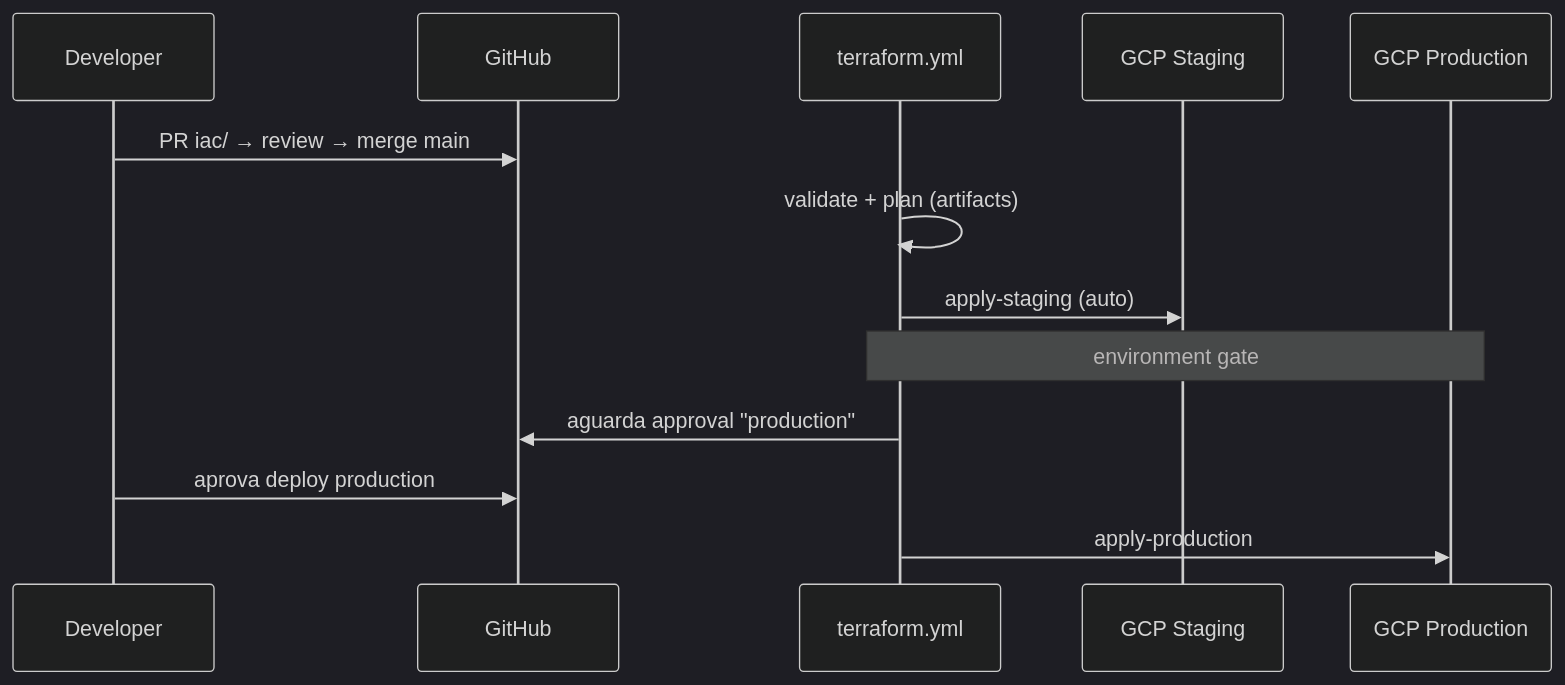
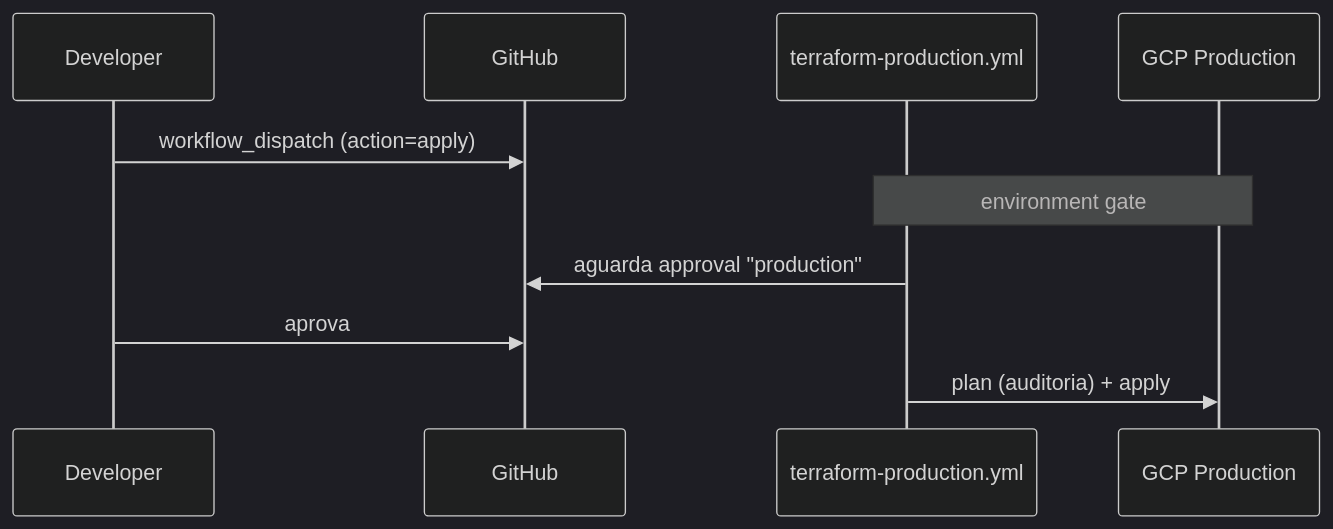
The fourth of 13 diagrams in docs/ci-cd/pipeline-diagrams.md (nikolastsdev/dito-devops-challenge), drawn with Mermaid (dark theme) before and after one commit. The commit also changed other lines of this file and 8 other files, not shown here.

First line of the commit message:
fix: split terraform workflows + unblock staging apply

````diff
--- a/docs/ci-cd/pipeline-diagrams.md
+++ b/docs/ci-cd/pipeline-diagrams.md
@@ -117,16 +115,13 @@
 ```mermaid
 sequenceDiagram
     participant Dev as Developer
     participant GH as GitHub
-    participant GHA as terraform.yml
-    participant STG as GCP Staging
+    participant GHA as terraform-production.yml
     participant PRD as GCP Production
 
-    Dev->>GH: PR iac/ → review → merge main
-    GHA->>GHA: validate + plan (artifacts)
-    GHA->>STG: apply-staging (auto)
+    Dev->>GH: workflow_dispatch (action=apply)
     Note over GHA,PRD: environment gate
     GHA->>GH: aguarda approval "production"
-    Dev->>GH: aprova deploy production
-    GHA->>PRD: apply-production
+    Dev->>GH: aprova
+    GHA->>PRD: plan (auditoria) + apply
 ```
````
